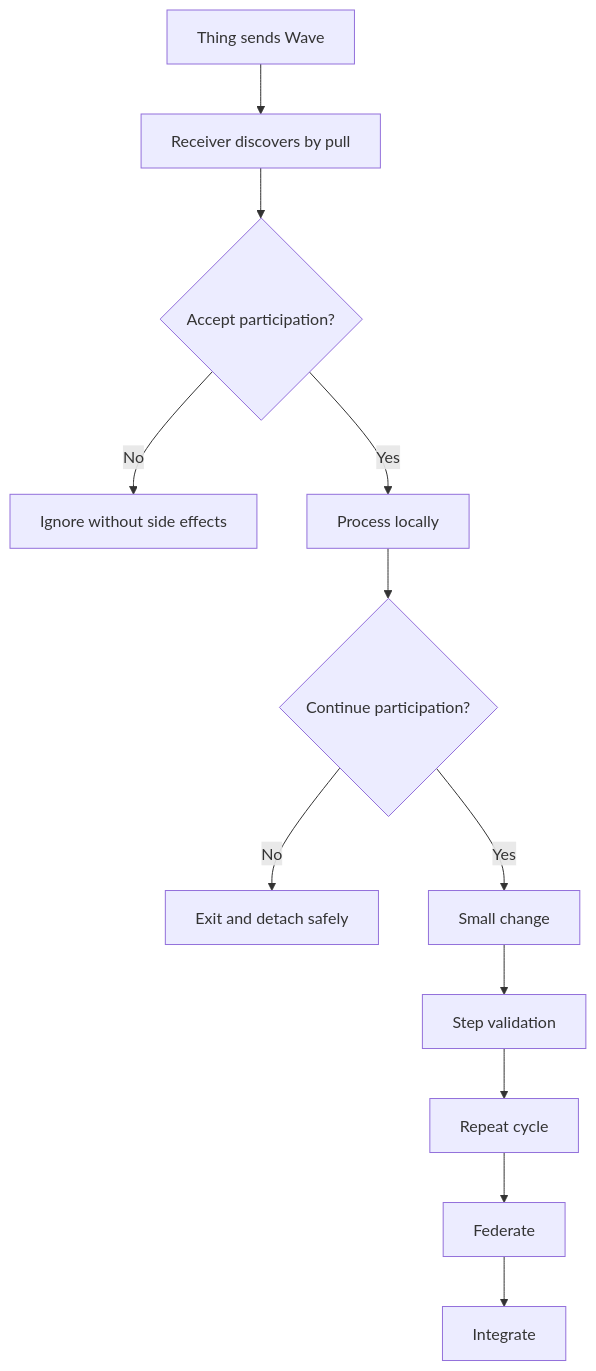
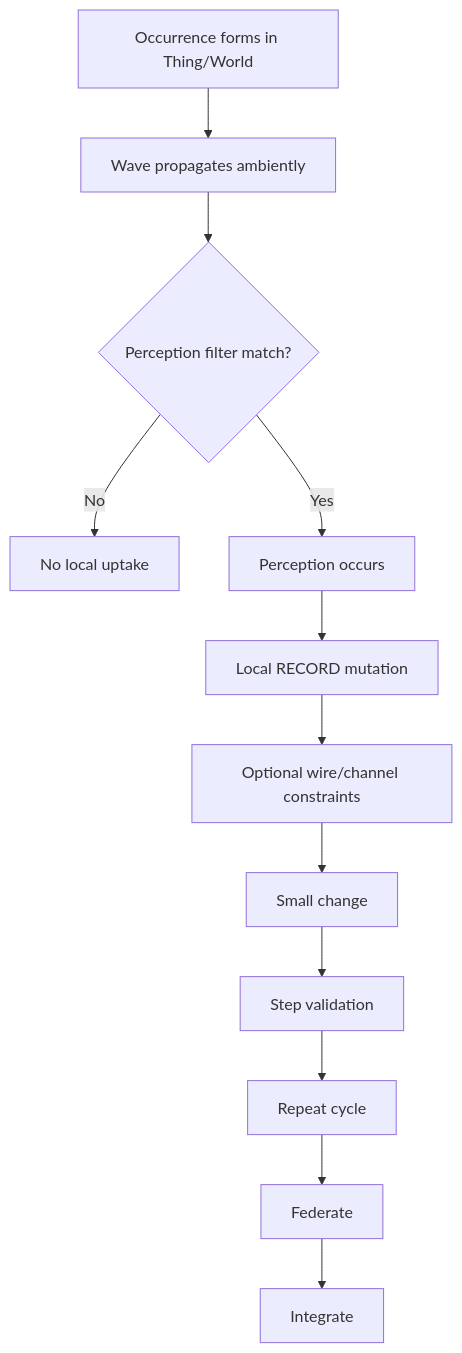
The first of 2 diagrams in docs/implementation/REQUIREMENTS.md (Wilder-Light-Studio/wilder-runtime-dev), drawn with Mermaid before and after one commit. The commit also changed other lines of this file and 1 other file, not shown here.

````diff
--- a/docs/implementation/REQUIREMENTS.md
+++ b/docs/implementation/REQUIREMENTS.md
@@ -104,14 +111,14 @@
 ```mermaid
 flowchart TD
-  A[Thing sends Wave] --> B[Receiver discovers by pull]
-  B --> C{Accept participation?}
-  C -->|No| D[Ignore without side effects]
-  C -->|Yes| E[Process locally]
-  E --> F{Continue participation?}
-  F -->|No| G[Exit and detach safely]
-  F -->|Yes| H[Small change]
+  A[Occurrence forms in Thing/World] --> B[Wave propagates ambiently]
+  B --> C{Perception filter match?}
+  C -->|No| D[No local uptake]
+  C -->|Yes| E[Perception occurs]
+  E --> F[Local RECORD mutation]
+  F --> G[Optional wire/channel constraints]
+  G --> H[Small change]
   H --> I[Step validation]
   I --> J[Repeat cycle]
   J --> K[Federate]
   K --> L[Integrate]
 ```
````
